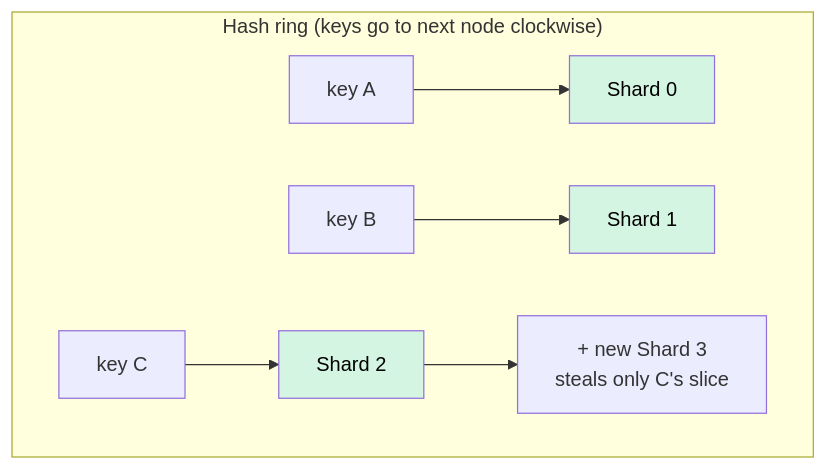
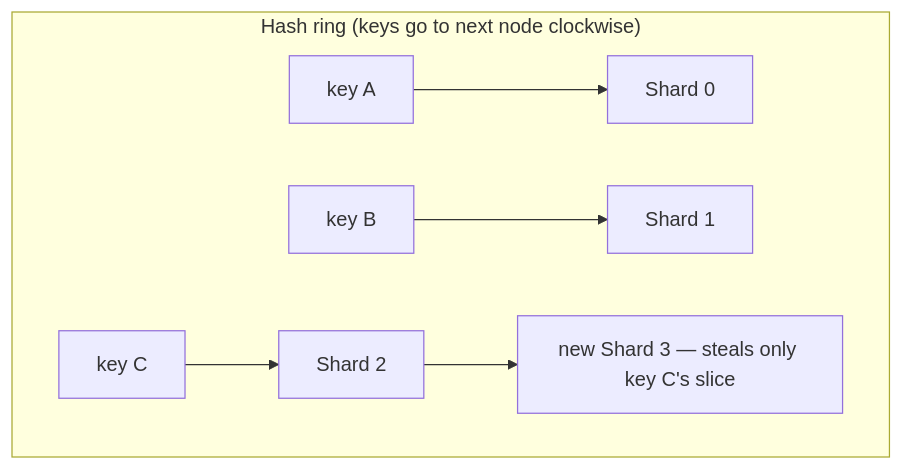
One commit to mohammad-mriesh-job/cortex changed the fourth of 4 diagrams in src/modules/database/content/09-scaling/02-partitioning-and-sharding.md. Above: the diagram before and after it, drawn with Mermaid. The commit also changed other lines of this file and 257 other files, not shown here.

````diff
--- a/src/modules/database/content/09-scaling/02-partitioning-and-sharding.md
+++ b/src/modules/database/content/09-scaling/02-partitioning-and-sharding.md
@@ -126,13 +122,10 @@
 ```mermaid
 flowchart LR
     subgraph RING["Hash ring (keys go to next node clockwise)"]
       direction LR
       k1["key A"] --> N0["Shard 0"]
       k2["key B"] --> N1["Shard 1"]
       k3["key C"] --> N2["Shard 2"]
-      N2 --> k4["+ new Shard 3<br/>steals only C's slice"]
+      N2 --> k4["new Shard 3 — steals only key C's slice"]
     end
-    style N0 fill:#d5f5e3,color:#000
-    style N1 fill:#d5f5e3,color:#000
-    style N2 fill:#d5f5e3,color:#000
 ```
````
